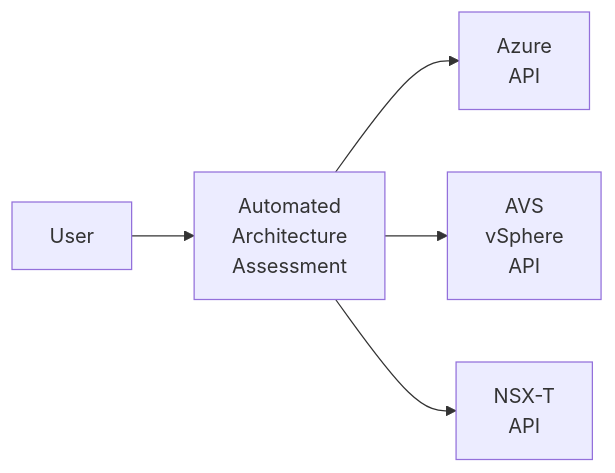
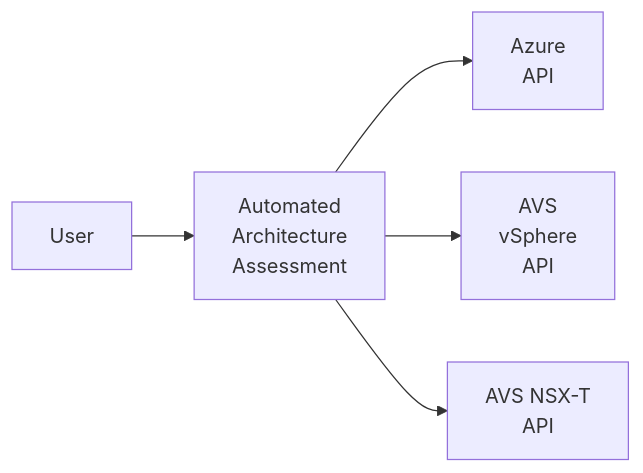
Before and after one commit to Azure/Enterprise-Scale-for-AVS: the diagram in BrownField/Auto-assessment/readme.md, drawn with Mermaid.

Commit message:
Clarify readme.md by updating NSX-T reference to AVS NSX-T

````diff
--- a/BrownField/Auto-assessment/readme.md
+++ b/BrownField/Auto-assessment/readme.md
@@ -28,14 +28,14 @@
 ```mermaid
 flowchart LR
 
 A[User] --> B[Automated
 Architecture
 Assessment]
 B --> C[Azure
 API]
 B --> D[AVS 
 vSphere
 API]
-B --> E[NSX-T
+B --> E[AVS NSX-T
 API]
 ```
````
